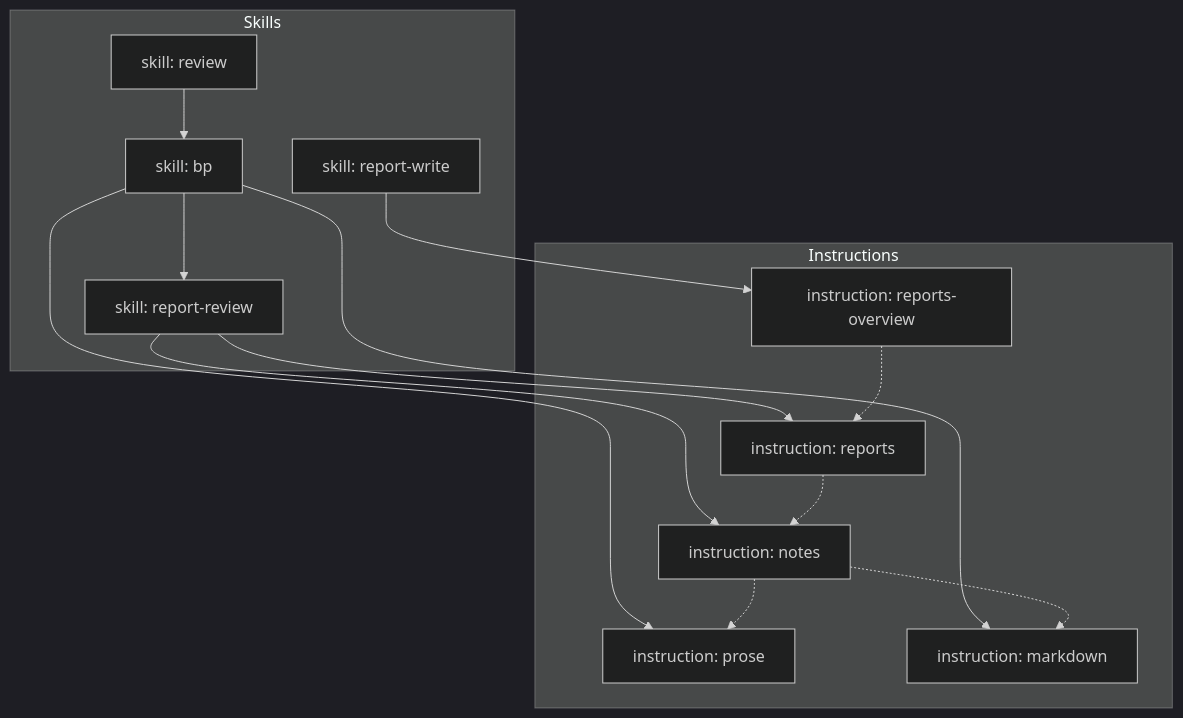
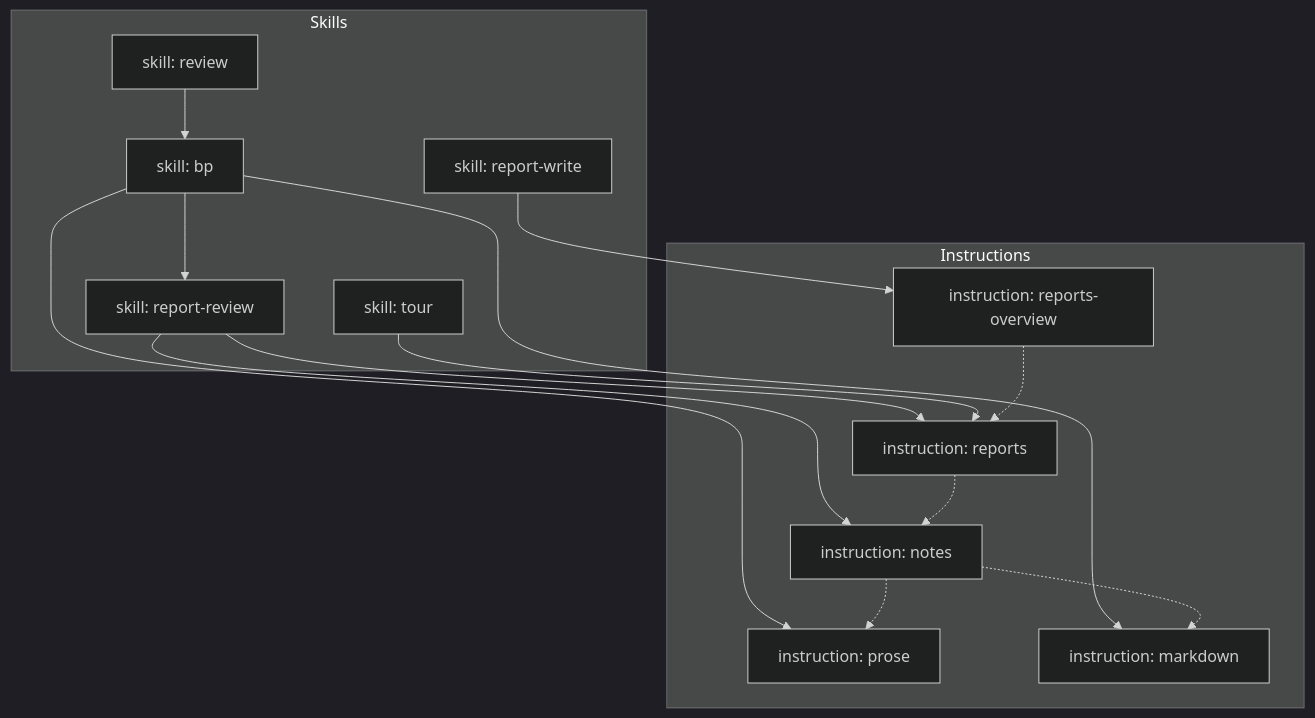
Before and after one commit to SavenkovIgor/railing: the diagram in README.md, drawn with Mermaid (dark theme). The commit also changed other lines of this file and 3 other files, not shown here.

````diff
--- a/README.md
+++ b/README.md
@@ -53,29 +54,31 @@
 ```mermaid
 flowchart TD
     subgraph SK["Skills"]
         BP["skill: bp"]
         RR["skill: report-review"]
         RW["skill: report-write"]
         RV["skill: review"]
+        TR["skill: tour"]
     end
 
     subgraph IN["Instructions"]
         NT["instruction: notes"]
         REP["instruction: reports"]
         RO["instruction: reports-overview"]
         PR["instruction: prose"]
         MD["instruction: markdown"]
     end
 
     BP --> RR
     RV --> BP
     BP --> PR
     BP --> MD
     RR --> NT
     RR --> REP
     RW --> RO
+    TR --> REP
     RO -.-> REP
     REP -.-> NT
     NT -.-> PR
     NT -.-> MD
 ```
````
